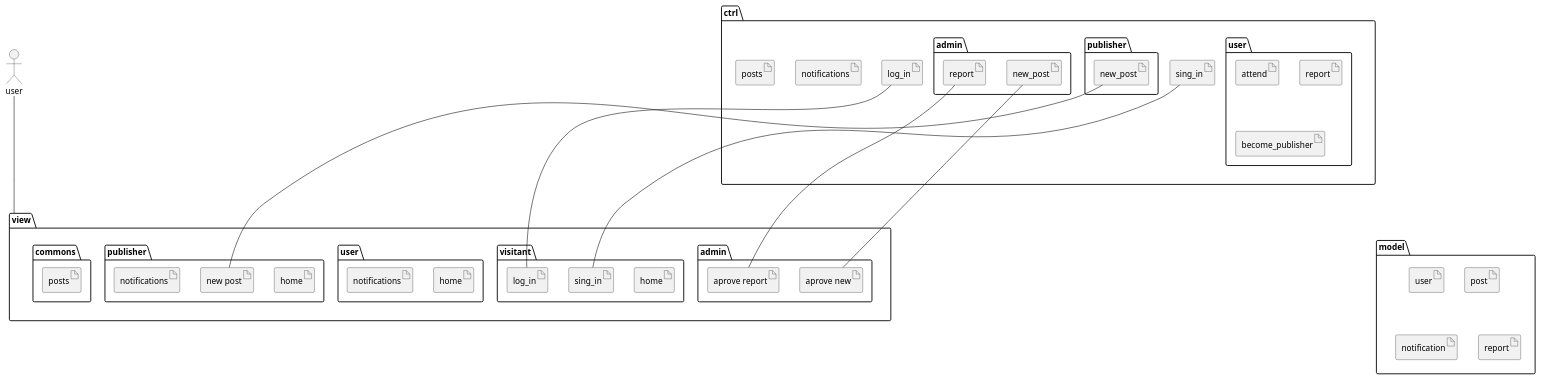
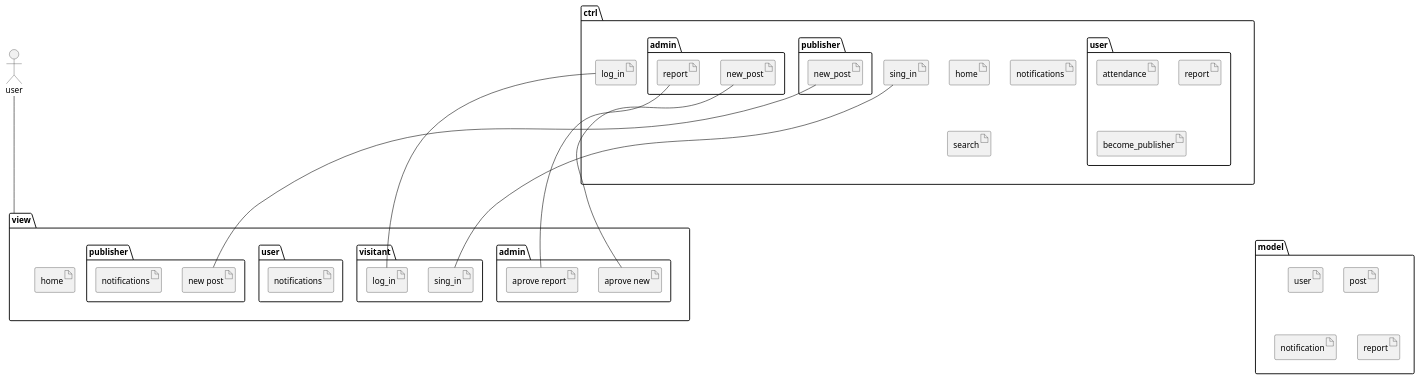
Before and after one commit to mazHania4/o_k_h: the diagram in docs/diagramas/packages.puml, drawn with PlantUML. The commit also changed 20 other files, not shown here.

```diff
--- a/docs/diagramas/packages.puml
+++ b/docs/diagramas/packages.puml
@@ -1,77 +1,75 @@
 @startuml packages
 
 package ctrl {
+    artifact "home" as home_ctrl
     artifact "log_in" as login_ctrl
     artifact "sing_in" as singin_ctrl
 
     artifact "notifications" as not_ctrl
-    artifact "posts" as publ_ctrl
+    artifact "search" as publ_ctrl
 
     package "admin" as adm_ctrl {
         artifact "new_post" as adm_new_ctrl
         artifact "report" as adm_rep_ctrl
     }
 
     package "publisher" as publisher_ctrl {
         artifact "new_post" as publisher_new_ctrl
     }
 
     package "user" as usr_ctrl {
-        artifact "attend" as usr_attend_ctrl
+        artifact "attendance" as usr_attend_ctrl
         artifact "report" as usr_rep_ctrl
         artifact "become_publisher" as usr_to_publisher_ctrl
     }
 
 }
 
 package view {
+
+    artifact "home" as v_home
+    
     package "admin" as adm_view {
         artifact "aprove new" as adm_new_view
         artifact "aprove report" as adm_rep_view
     }
 
     package "visitant" as vs_view {
-        artifact "home" as v_home
         artifact "log_in" as login_view
         artifact "sing_in" as singin_view
     }
 
     package "user" as usr_view {
-        artifact "home" as u_home
         artifact "notifications" as u_not
     }
 
     package "publisher" as publisher_view {
-        artifact "home" as p_home
         artifact "new post" as publisher_new_view
         artifact "notifications" as p_not
     }
-
-    package "commons" as cm_view {
-        artifact "posts"
-    }
+    
 }
 
 package model {
     artifact "user" as user
     artifact "post" as post
     artifact "notification" as notif
     artifact "report" as report
 }
 
 actor user as stick
 
 view--u[hidden]--ctrl
 stick----view
 ctrl--[hidden]--model
 
 adm_new_view -u- adm_new_ctrl
 adm_rep_view -u- adm_rep_ctrl
 
 login_view -u- login_ctrl
 singin_view -u- singin_ctrl
 
 publisher_new_view -u- publisher_new_ctrl
 
 
 @enduml
```
